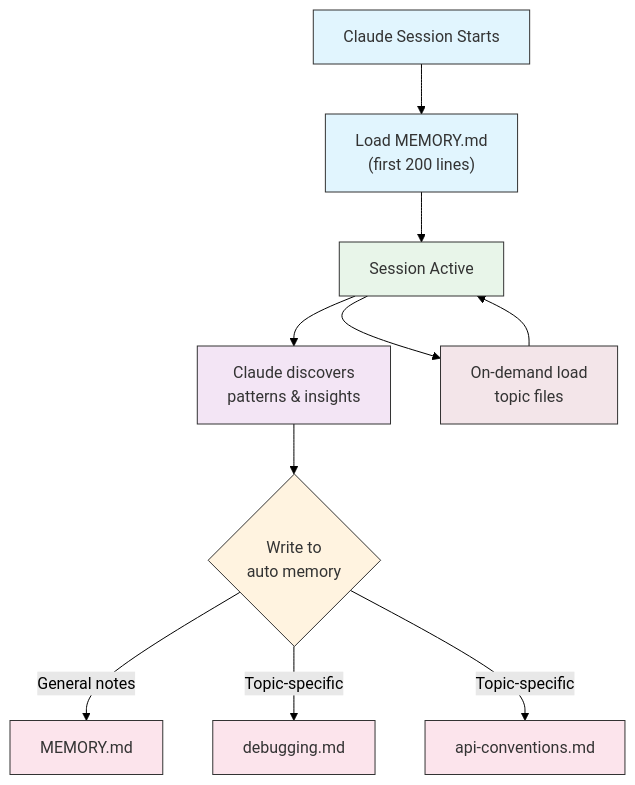
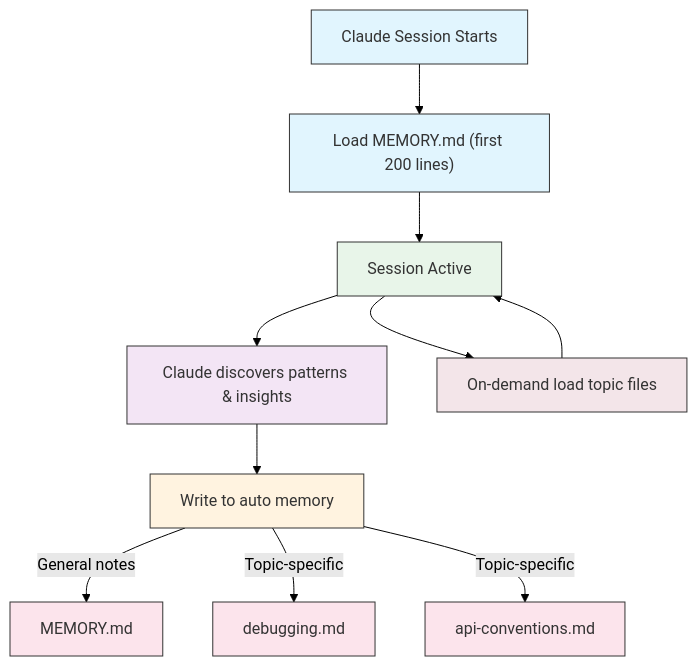
One commit to Rx782-Fss/claude-howto-zh changed the fourth of 5 diagrams in claude-howto-zh/02-memory/README.md. Above: the diagram before and after it, drawn with Mermaid (forest theme). The commit also changed other lines of this file and 8 other files, not shown here.

First line of the commit message:
fix: 清除所有 Mermaid 内的 GitHub 不兼容内容

````diff
--- a/claude-howto-zh/02-memory/README.md
+++ b/claude-howto-zh/02-memory/README.md
@@ -431,22 +431,22 @@
 ```mermaid
 graph TD
-    A["Claude Session Starts"] --> B["Load MEMORY.md<br/>(first 200 lines)"]
+    A["Claude Session Starts"] --> B["Load MEMORY.md (first 200 lines)"]
     B --> C["Session Active"]
-    C --> D["Claude discovers<br/>patterns & insights"]
-    D --> E{"Write to<br/>auto memory"}
+    C --> D["Claude discovers patterns & insights"]
+    D --> E["Write to auto memory"]
     E -->|General notes| F["MEMORY.md"]
     E -->|Topic-specific| G["debugging.md"]
     E -->|Topic-specific| H["api-conventions.md"]
-    C --> I["On-demand load<br/>topic files"]
+    C --> I["On-demand load topic files"]
     I --> C
 
     style A fill:#e1f5fe,stroke:#333,color:#333
     style B fill:#e1f5fe,stroke:#333,color:#333
     style C fill:#e8f5e9,stroke:#333,color:#333
     style D fill:#f3e5f5,stroke:#333,color:#333
     style E fill:#fff3e0,stroke:#333,color:#333
     style F fill:#fce4ec,stroke:#333,color:#333
     style G fill:#fce4ec,stroke:#333,color:#333
     style H fill:#fce4ec,stroke:#333,color:#333
     style I fill:#f3e5e9,stroke:#333,color:#333
 ```
````
